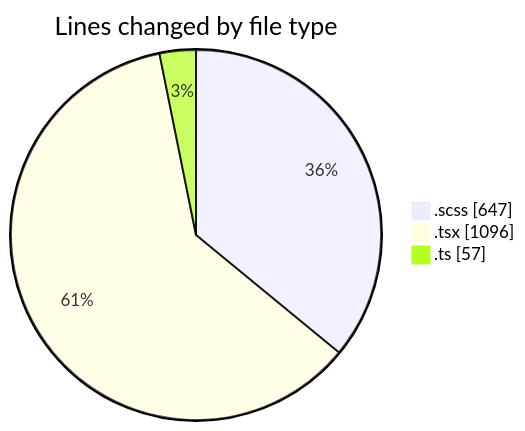
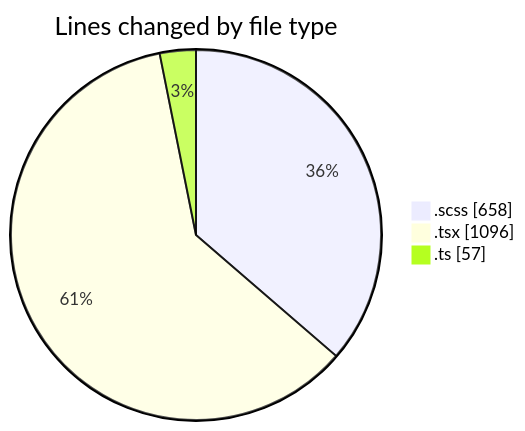
Before and after one commit to momahboobian/code-tracking: the first of 2 diagrams in 2025-03-28/cda/README.md, drawn with Mermaid. The commit also changed other lines of this file and 1 other file, not shown here.

````diff
--- a/2025-03-28/cda/README.md
+++ b/2025-03-28/cda/README.md
@@ -25,7 +25,7 @@
 ```mermaid
 pie showData
 title Lines changed by file type
-".scss" : 647
+".scss" : 658
 ".tsx" : 1096
 ".ts" : 57
 ```
````
